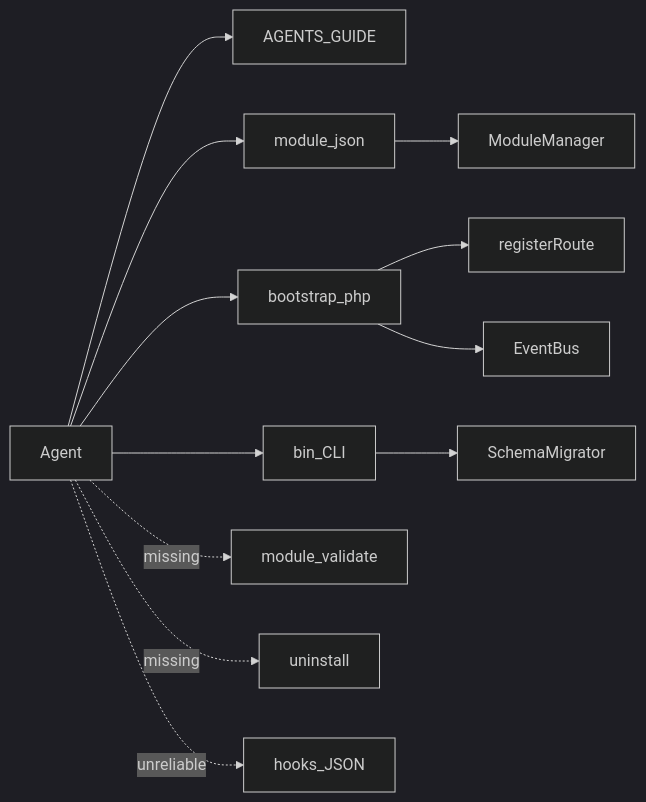
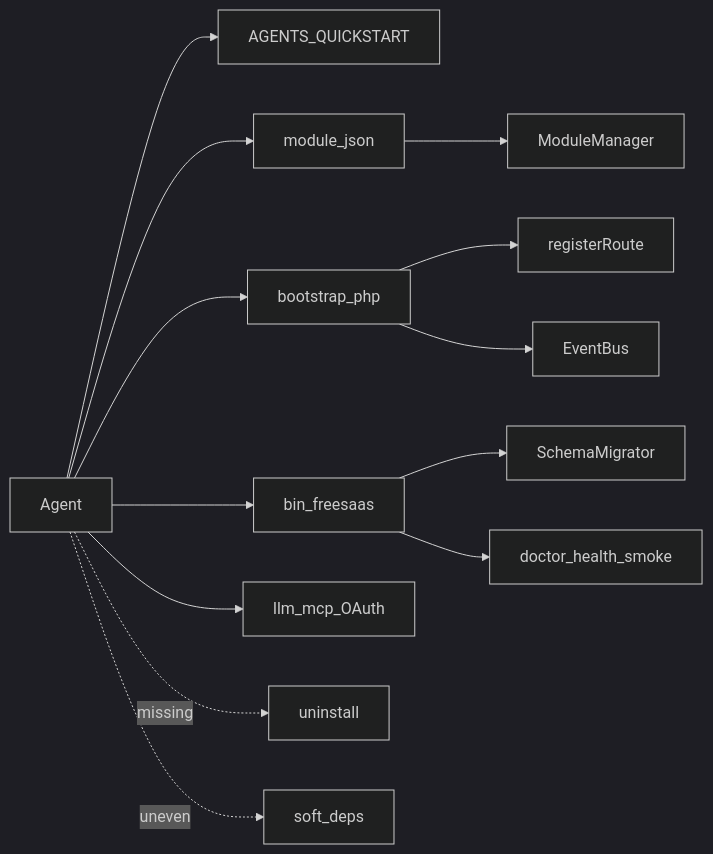
The first of 2 diagrams in docs/agent-native-audit.md (FreeSaaSProject/freesaas), drawn with Mermaid (dark theme) before and after one commit. The commit also changed other lines of this file, not shown here.

First line of the commit message:
Recount agent-native audit to ~84 after public OSS release.

````diff
--- a/docs/agent-native-audit.md
+++ b/docs/agent-native-audit.md
@@ -67,14 +68,15 @@
 ```mermaid
 flowchart LR
-  agent[Agent] --> docs[AGENTS_GUIDE]
+  agent[Agent] --> docs[AGENTS_QUICKSTART]
   agent --> manifest[module_json]
   agent --> bootstrap[bootstrap_php]
-  agent --> cli[bin_CLI]
+  agent --> cli[bin_freesaas]
+  agent --> mcp[llm_mcp_OAuth]
   manifest --> discover[ModuleManager]
   bootstrap --> routes[registerRoute]
   bootstrap --> events[EventBus]
   cli --> migrate[SchemaMigrator]
-  agent -.->|missing| validate[module_validate]
+  cli --> doctor[doctor_health_smoke]
   agent -.->|missing| uninstall[uninstall]
-  agent -.->|unreliable| hooks[hooks_JSON]
+  agent -.->|uneven| softDeps[soft_deps]
 ```
````
